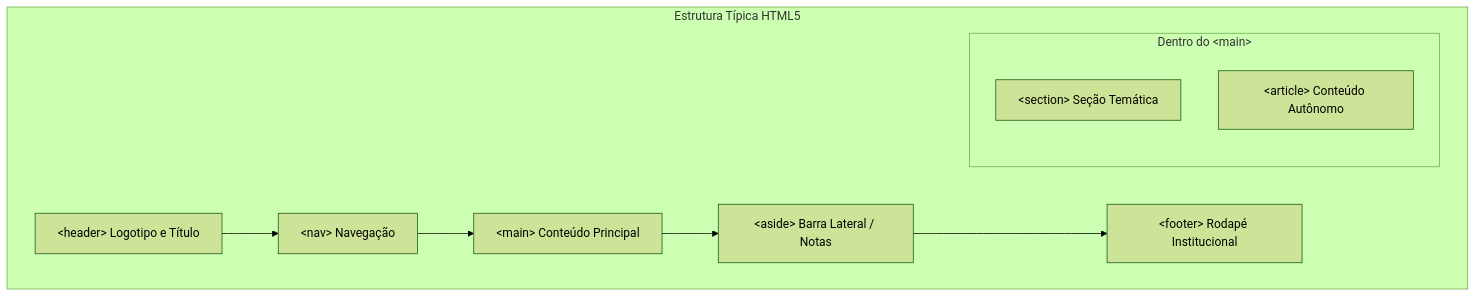
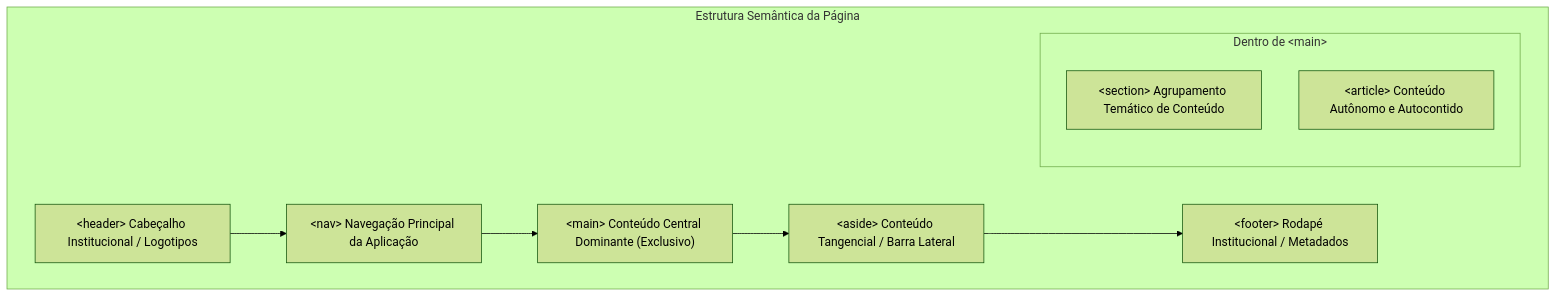
Before and after one commit to thiagosantos346/TCE-GO-2027: the first of 5 diagrams in fontes_de_estudo/conhecimentos_especificos_b02_ti/05_desenvolvimento_de_sistemas/03_desenvolvimento_frontend_html_css_react_typescript.md, drawn with Mermaid (forest theme). The commit also changed other lines of this file and 119 other files, not shown here.

````diff
--- a/fontes_de_estudo/conhecimentos_especificos_b02_ti/05_desenvolvimento_de_sistemas/03_desenvolvimento_frontend_html_css_react_typescript.md
+++ b/fontes_de_estudo/conhecimentos_especificos_b02_ti/05_desenvolvimento_de_sistemas/03_desenvolvimento_frontend_html_css_react_typescript.md
@@ -71,13 +74,18 @@
 ```mermaid
 flowchart TD
-    subgraph Pagina["Estrutura Típica HTML5"]
-        H["&lt;header&gt; Logotipo e Título"] --> N["&lt;nav&gt; Navegação"]
-        N --> M["&lt;main&gt; Conteúdo Principal"]
-        subgraph MainContent["Dentro do &lt;main&gt;"]
-            S["&lt;section&gt; Seção Temática"]
-            A["&lt;article&gt; Conteúdo Autônomo"]
+    subgraph Documento["Estrutura Semântica da Página"]
+        H["&lt;header&gt; Cabeçalho Institucional / Logotipos"]
+        N["&lt;nav&gt; Navegação Principal da Aplicação"]
+        M["&lt;main&gt; Conteúdo Central Dominante (Exclusivo)"]
+        subgraph Sec["Dentro de &lt;main&gt;"]
+            S["&lt;section&gt; Agrupamento Temático de Conteúdo"]
+            A["&lt;article&gt; Conteúdo Autônomo e Autocontido"]
         end
-        M --> AS["&lt;aside&gt; Barra Lateral / Notas"]
-        AS --> F["&lt;footer&gt; Rodapé Institucional"]
+        AS["&lt;aside&gt; Conteúdo Tangencial / Barra Lateral"]
+        F["&lt;footer&gt; Rodapé Institucional / Metadados"]
     end
+    H --> N
+    N --> M
+    M --> AS
+    AS --> F
 ```
````
